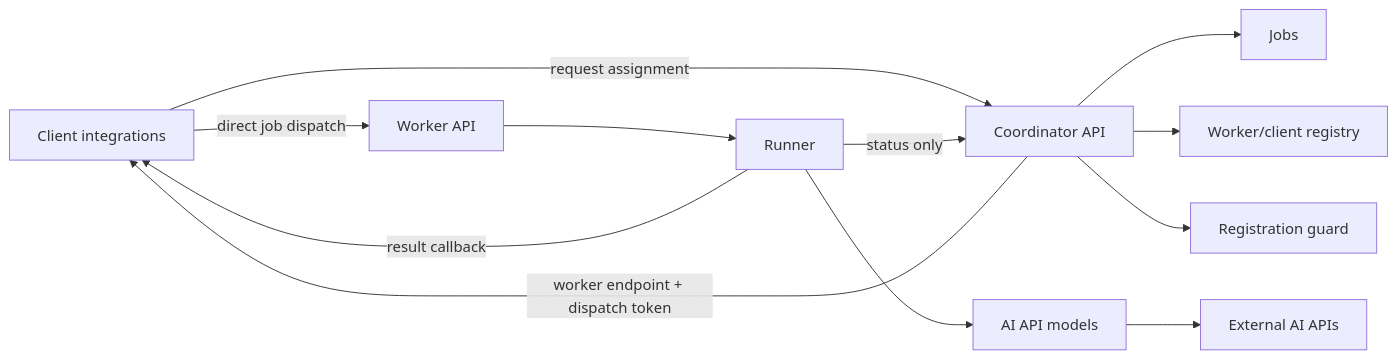
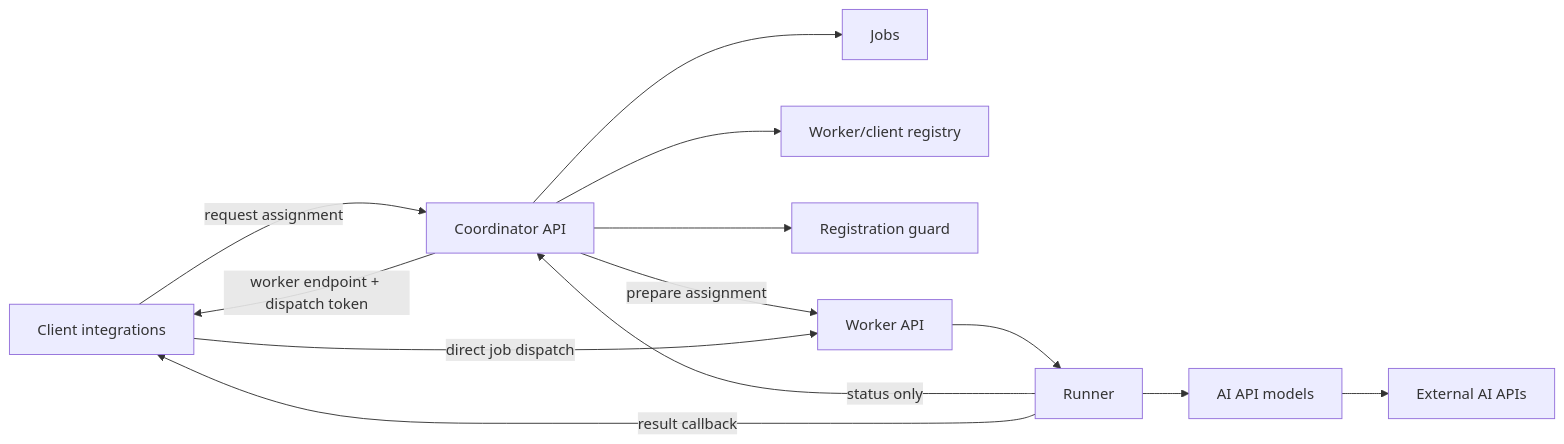
The diagram in README.md (dmitriishobolov/TryOnService), drawn with Mermaid before and after one commit. The commit also changed other lines of this file and 14 other files, not shown here.

Commit message:
feat: prepare worker assignments before direct dispatch

````diff
--- a/README.md
+++ b/README.md
@@ -18,14 +18,15 @@
 ```mermaid
 flowchart LR
     Client["Client integrations"] -->|"request assignment"| CoordinatorAPI["Coordinator API"]
     CoordinatorAPI --> Jobs["Jobs"]
     CoordinatorAPI --> Registry["Worker/client registry"]
     CoordinatorAPI --> Security["Registration guard"]
+    CoordinatorAPI -->|"prepare assignment"| WorkerAPI
     CoordinatorAPI -->|"worker endpoint + dispatch token"| Client
     Client -->|"direct job dispatch"| WorkerAPI["Worker API"]
     WorkerAPI --> Runner["Runner"]
     Runner --> Models["AI API models"]
     Models --> AI["External AI APIs"]
     Runner -->|"status only"| CoordinatorAPI
     Runner -->|"result callback"| Client
 ```
````
